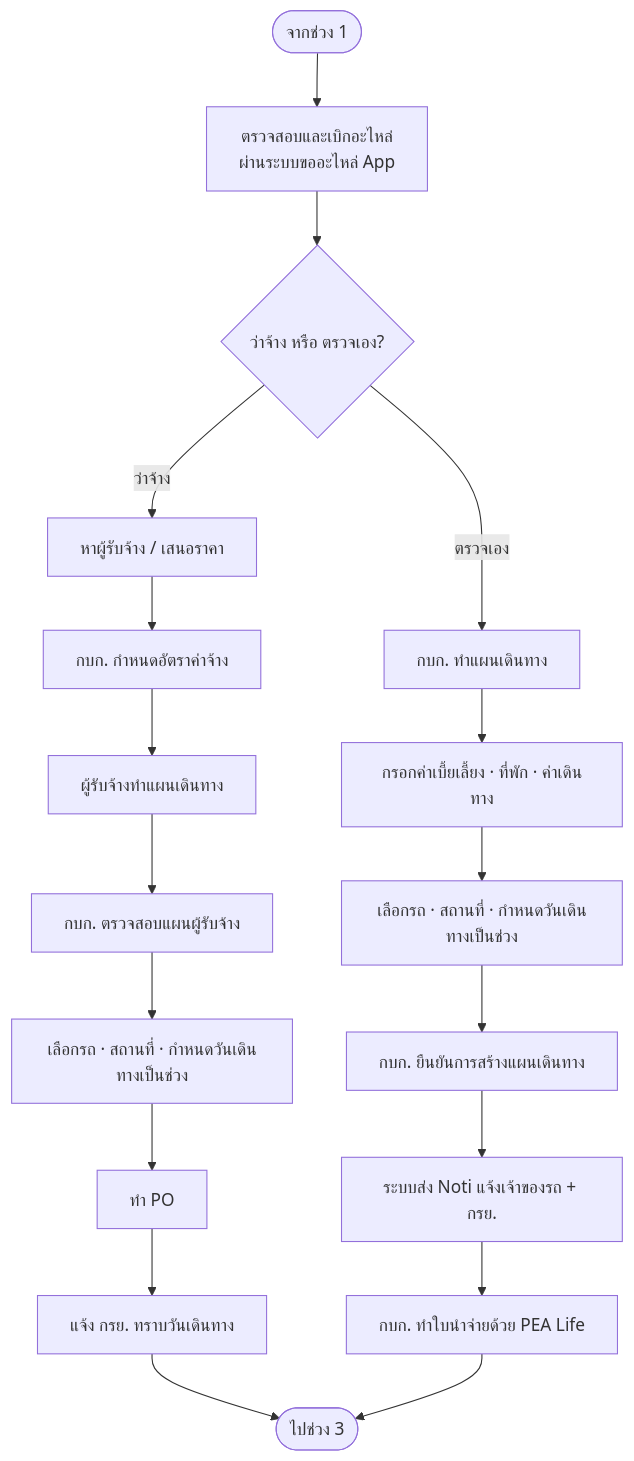
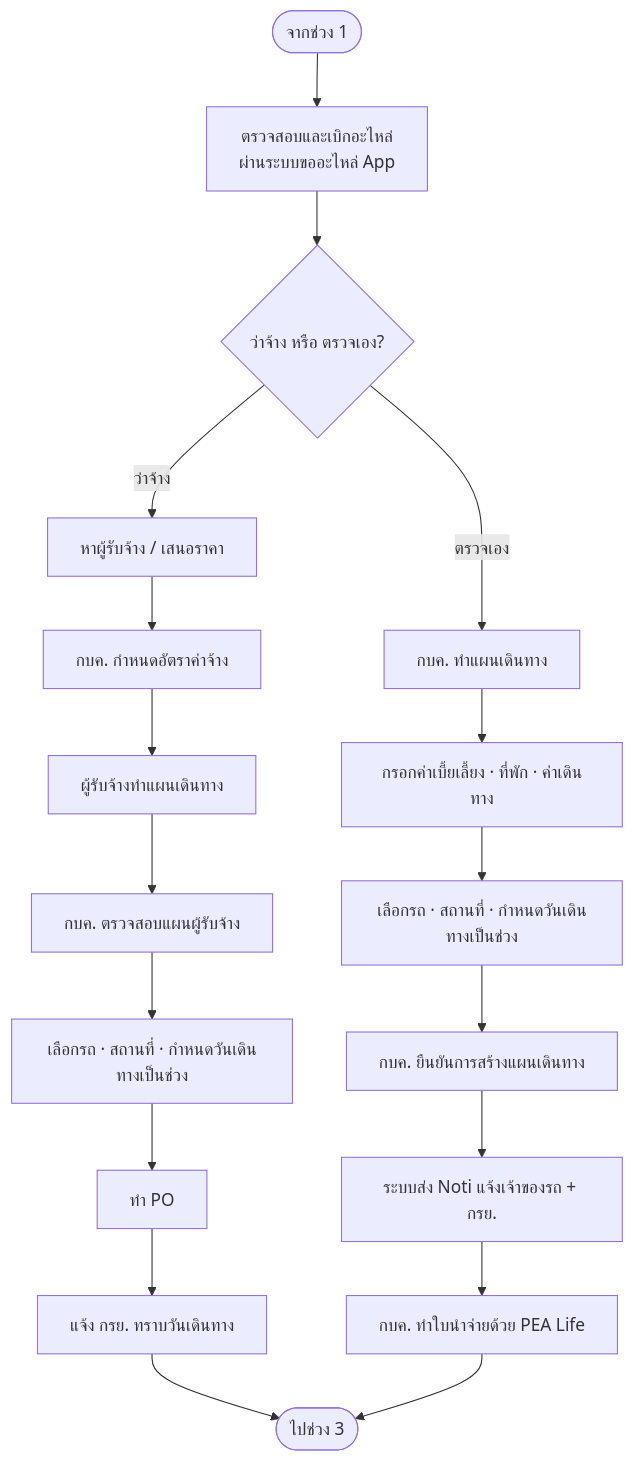
One commit to anugmail/Maintenance-Request-Form changed the diagram in Diagram/01-บำรุงรักษาตามวาระ/02-เบิกจัดหา-แผนเดินทาง.md. Above: the diagram before and after it, drawn with Mermaid. The commit also changed other lines of this file and 18 other files, not shown here.

````diff
--- a/Diagram/01-บำรุงรักษาตามวาระ/02-เบิกจัดหา-แผนเดินทาง.md
+++ b/Diagram/01-บำรุงรักษาตามวาระ/02-เบิกจัดหา-แผนเดินทาง.md
@@ -6,23 +6,23 @@
 ```mermaid
 flowchart TB
     S([จากช่วง 1]) --> I[ตรวจสอบและเบิกอะไหล่<br/>ผ่านระบบขออะไหล่ App]
     I --> D{ว่าจ้าง หรือ ตรวจเอง?}
 
     D -->|ว่าจ้าง| A1[หาผู้รับจ้าง / เสนอราคา]
-    A1 --> A2[กบก. กำหนดอัตราค่าจ้าง]
+    A1 --> A2[กบค. กำหนดอัตราค่าจ้าง]
     A2 --> A3[ผู้รับจ้างทำแผนเดินทาง]
-    A3 --> A4[กบก. ตรวจสอบแผนผู้รับจ้าง]
+    A3 --> A4[กบค. ตรวจสอบแผนผู้รับจ้าง]
     A4 --> A5[เลือกรถ · สถานที่ · กำหนดวันเดินทางเป็นช่วง]
     A5 --> A6[ทำ PO]
     A6 --> A7[แจ้ง กรย. ทราบวันเดินทาง]
 
-    D -->|ตรวจเอง| B1[กบก. ทำแผนเดินทาง]
+    D -->|ตรวจเอง| B1[กบค. ทำแผนเดินทาง]
     B1 --> B2[กรอกค่าเบี้ยเลี้ยง · ที่พัก · ค่าเดินทาง]
     B2 --> B3[เลือกรถ · สถานที่ · กำหนดวันเดินทางเป็นช่วง]
-    B3 --> B4[กบก. ยืนยันการสร้างแผนเดินทาง]
+    B3 --> B4[กบค. ยืนยันการสร้างแผนเดินทาง]
     B4 --> B5[ระบบส่ง Noti แจ้งเจ้าของรถ + กรย.]
-    B5 --> B6[กบก. ทำใบนำจ่ายด้วย PEA Life]
+    B5 --> B6[กบค. ทำใบนำจ่ายด้วย PEA Life]
 
     A7 --> E([ไปช่วง 3])
     B6 --> E
 ```
````
